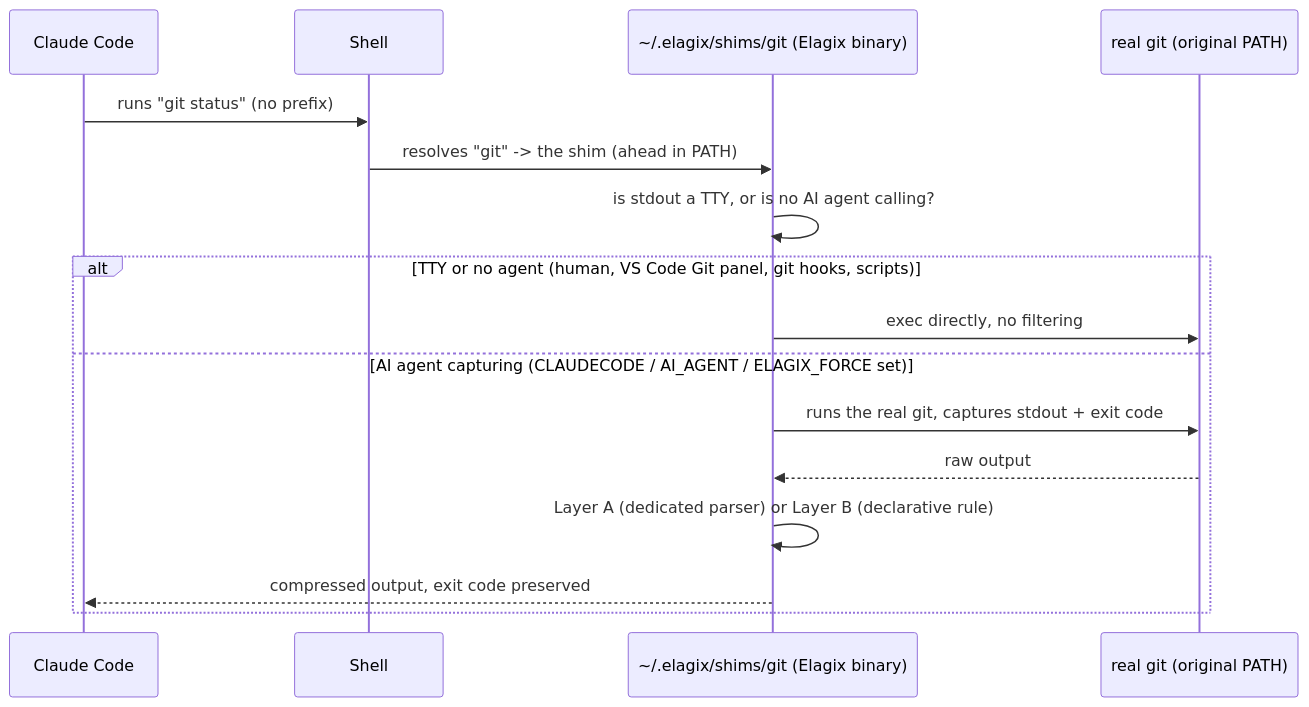
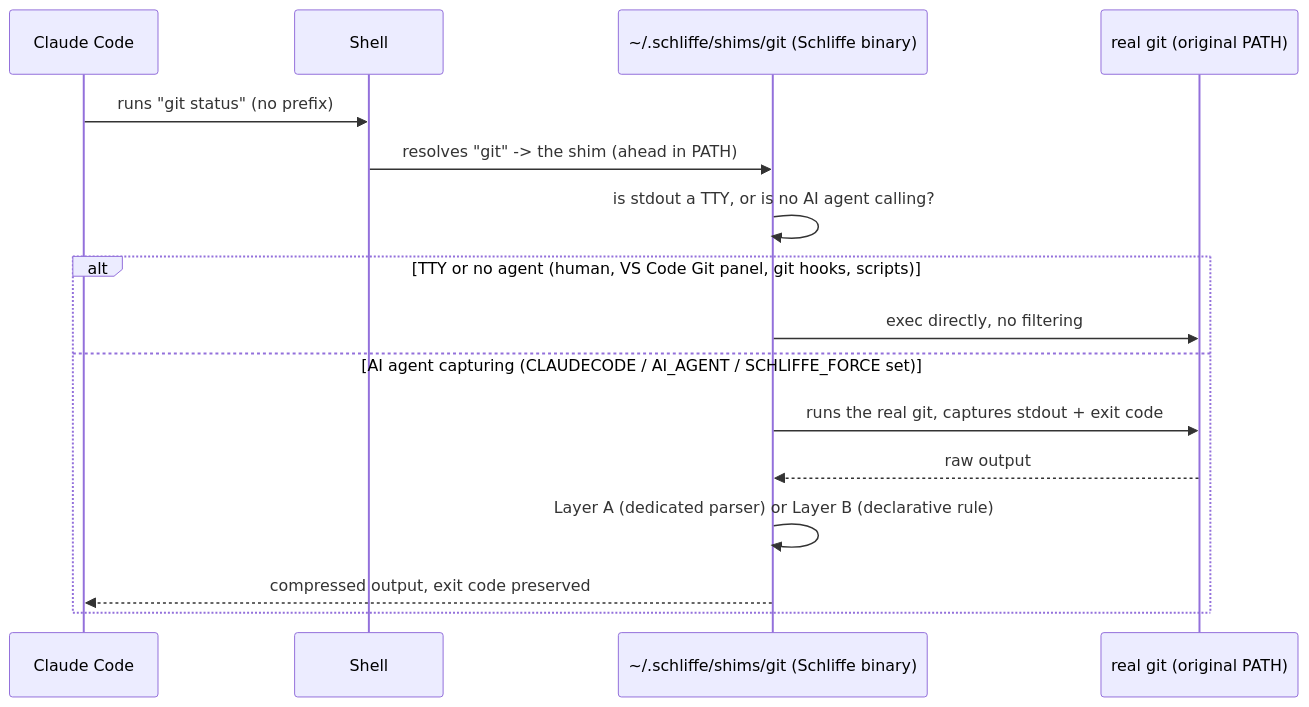
One commit to mkmuniz/elagix-tk changed the diagram in README.md. Above: the diagram before and after it, drawn with Mermaid. The commit also changed other lines of this file and 27 other files, not shown here.

First line of the commit message:
Rename project from Elagix to Schliffe

````diff
--- a/README.md
+++ b/README.md
@@ -121,18 +121,18 @@
 ```mermaid
 sequenceDiagram
     participant Claude as Claude Code
     participant Shell
-    participant Shim as ~/.elagix/shims/git (Elagix binary)
+    participant Shim as ~/.schliffe/shims/git (Schliffe binary)
     participant RealGit as real git (original PATH)
     Claude->>Shell: runs "git status" (no prefix)
     Shell->>Shim: resolves "git" -> the shim (ahead in PATH)
     Shim->>Shim: is stdout a TTY, or is no AI agent calling?
     alt TTY or no agent (human, VS Code Git panel, git hooks, scripts)
         Shim->>RealGit: exec directly, no filtering
-    else AI agent capturing (CLAUDECODE / AI_AGENT / ELAGIX_FORCE set)
+    else AI agent capturing (CLAUDECODE / AI_AGENT / SCHLIFFE_FORCE set)
         Shim->>RealGit: runs the real git, captures stdout + exit code
         RealGit-->>Shim: raw output
         Shim->>Shim: Layer A (dedicated parser) or Layer B (declarative rule)
         Shim-->>Claude: compressed output, exit code preserved
     end
 ```
````
